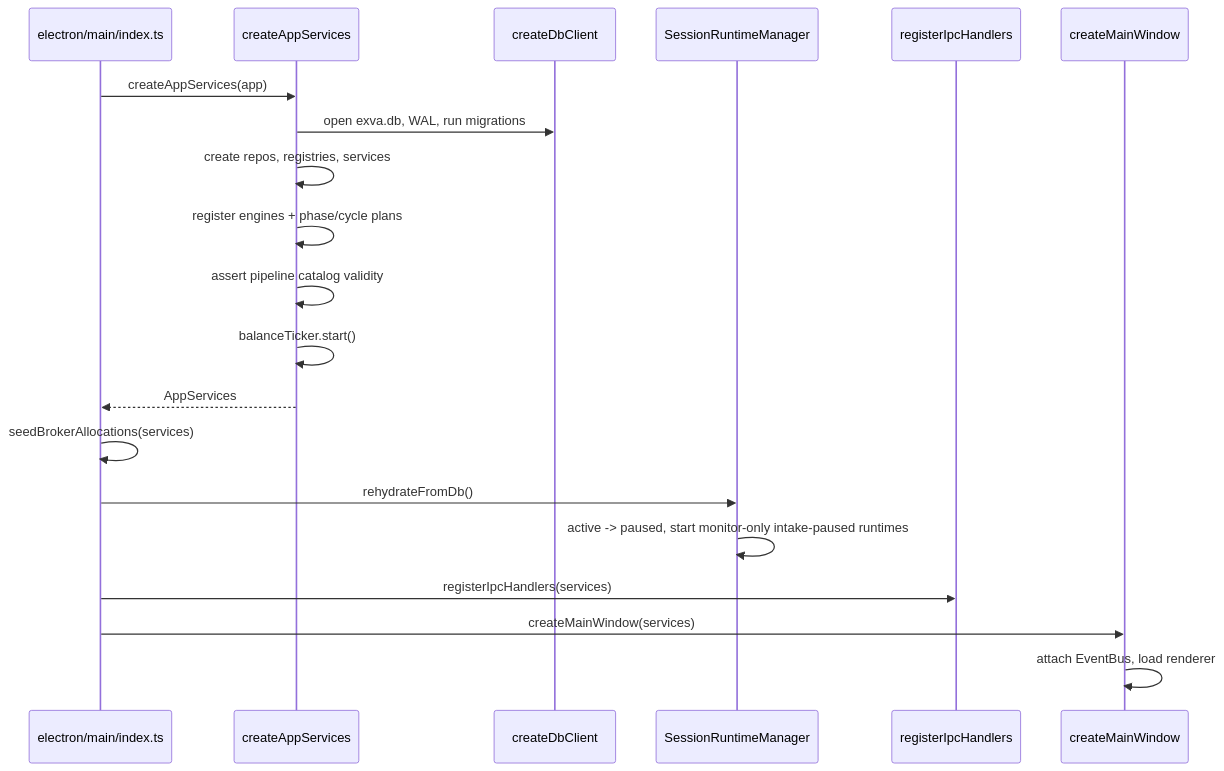
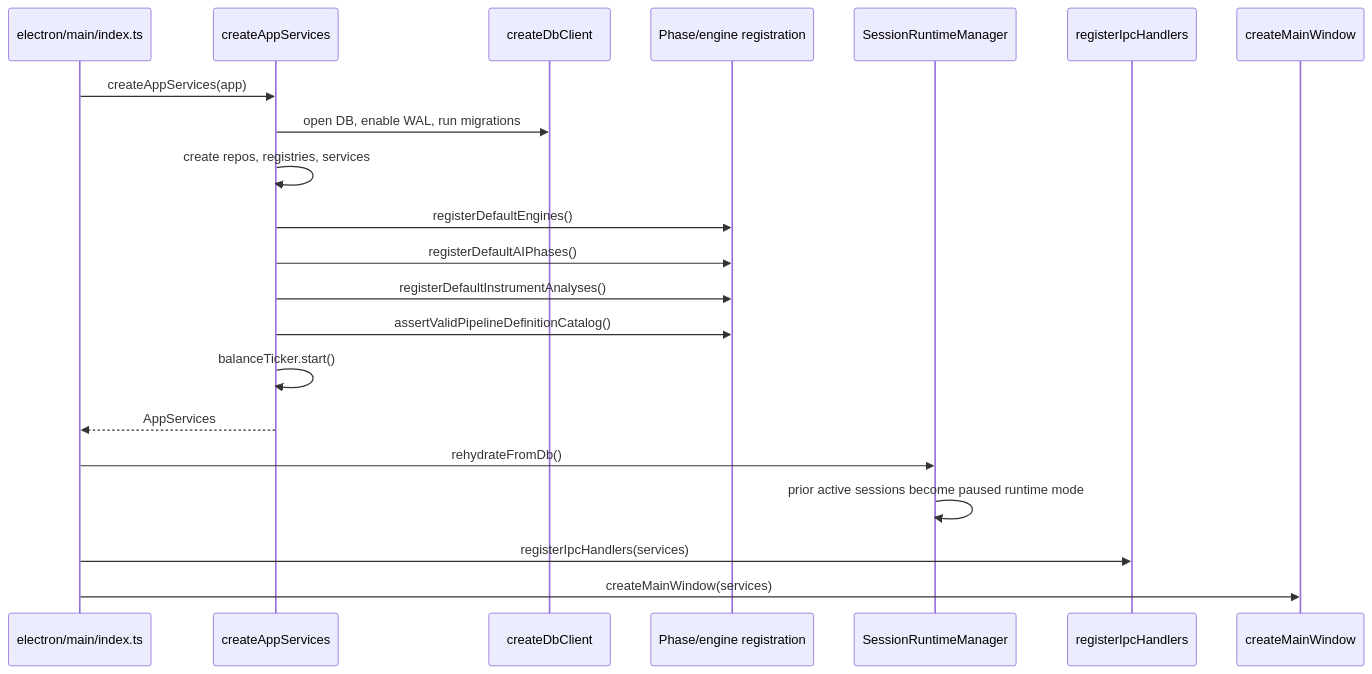
One commit to KennethAtchon/Exva changed the fourth of 14 diagrams in docs/architecture/ai-runtime.md. Above: the diagram before and after it, drawn with Mermaid. The commit also changed other lines of this file and 11 other files, not shown here.

````diff
--- a/docs/architecture/ai-runtime.md
+++ b/docs/architecture/ai-runtime.md
@@ -197,23 +175,24 @@
 ```mermaid
 sequenceDiagram
     participant Main as electron/main/index.ts
-    participant AS as createAppServices
+    participant App as createAppServices
     participant DB as createDbClient
-    participant SRM as SessionRuntimeManager
+    participant Registry as Phase/engine registration
+    participant Runtime as SessionRuntimeManager
     participant IPC as registerIpcHandlers
-    participant Win as createMainWindow
+    participant Window as createMainWindow
 
-    Main->>AS: createAppServices(app)
-    AS->>DB: open exva.db, WAL, run migrations
-    AS->>AS: create repos, registries, services
-    AS->>AS: register engines + phase/cycle plans
-    AS->>AS: assert pipeline catalog validity
-    AS->>AS: balanceTicker.start()
-    AS-->>Main: AppServices
-    Main->>Main: seedBrokerAllocations(services)
-    Main->>SRM: rehydrateFromDb()
-    SRM->>SRM: active -> paused, start monitor-only intake-paused runtimes
+    Main->>App: createAppServices(app)
+    App->>DB: open DB, enable WAL, run migrations
+    App->>App: create repos, registries, services
+    App->>Registry: registerDefaultEngines()
+    App->>Registry: registerDefaultAIPhases()
+    App->>Registry: registerDefaultInstrumentAnalyses()
+    App->>Registry: assertValidPipelineDefinitionCatalog()
+    App->>App: balanceTicker.start()
+    App-->>Main: AppServices
+    Main->>Runtime: rehydrateFromDb()
+    Runtime->>Runtime: prior active sessions become paused runtime mode
     Main->>IPC: registerIpcHandlers(services)
-    Main->>Win: createMainWindow(services)
-    Win->>Win: attach EventBus, load renderer
+    Main->>Window: createMainWindow(services)
 ```
````
